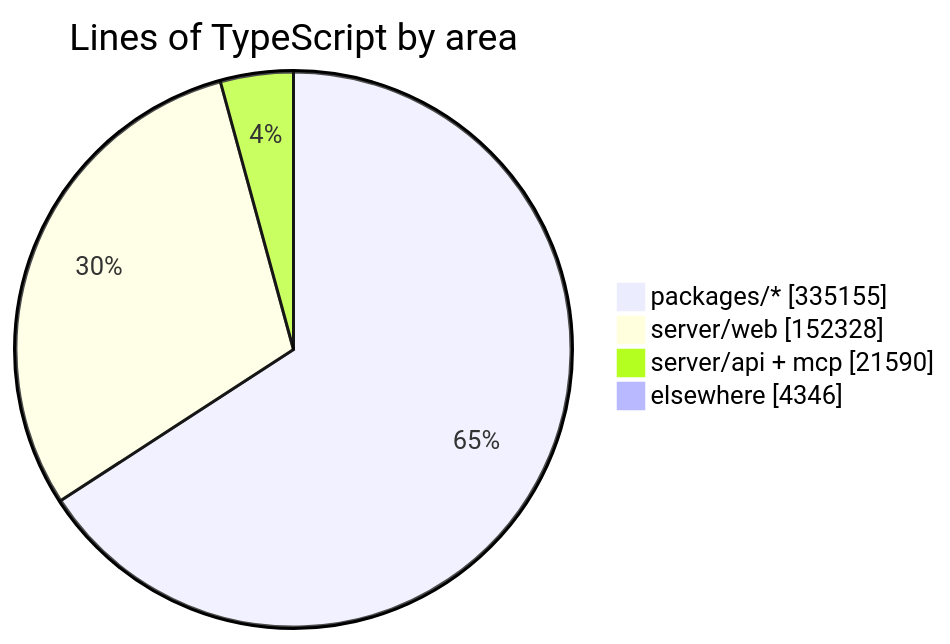
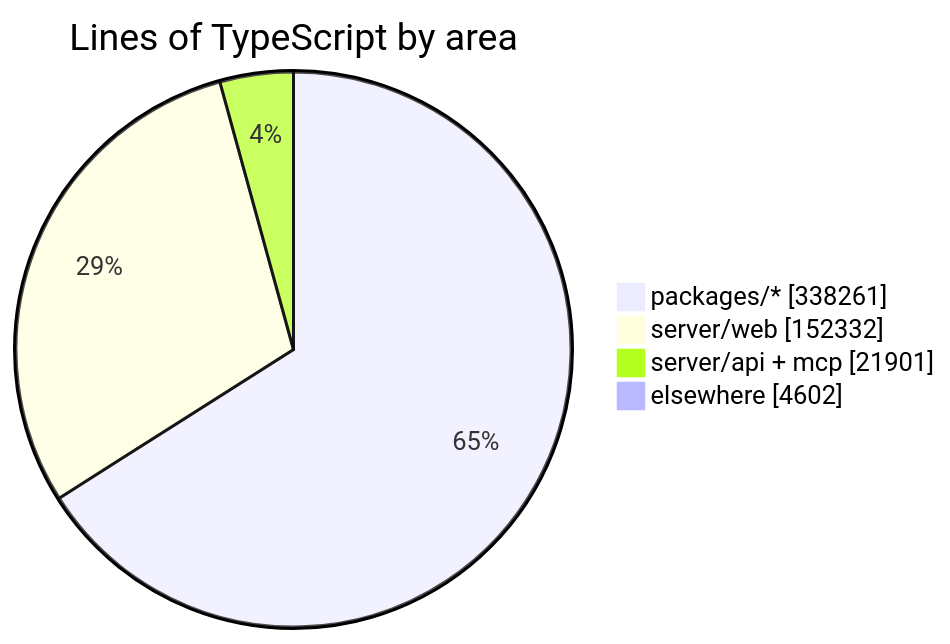
Before and after one commit to crossworks-engineering/mantle: the diagram in README.md, drawn with Mermaid. The commit also changed other lines of this file and 2 other files, not shown here.

````diff
--- a/README.md
+++ b/README.md
@@ -294,7 +294,7 @@
 ```mermaid
 pie showData title Lines of TypeScript by area
-    "packages/*" : 335155
-    "server/web" : 152328
-    "server/api + mcp" : 21590
-    "elsewhere" : 4346
+    "packages/*" : 338261
+    "server/web" : 152332
+    "server/api + mcp" : 21901
+    "elsewhere" : 4602
 ```
````
